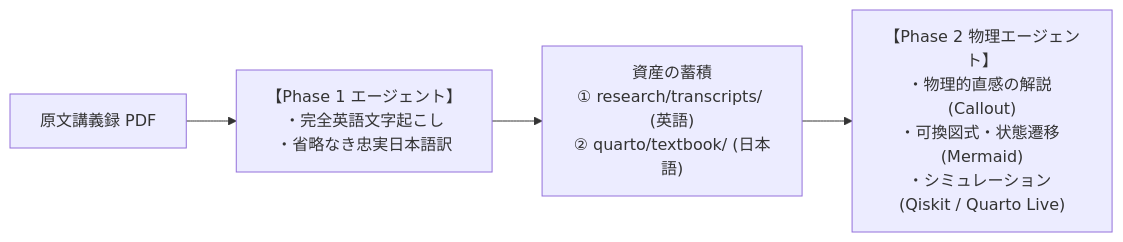
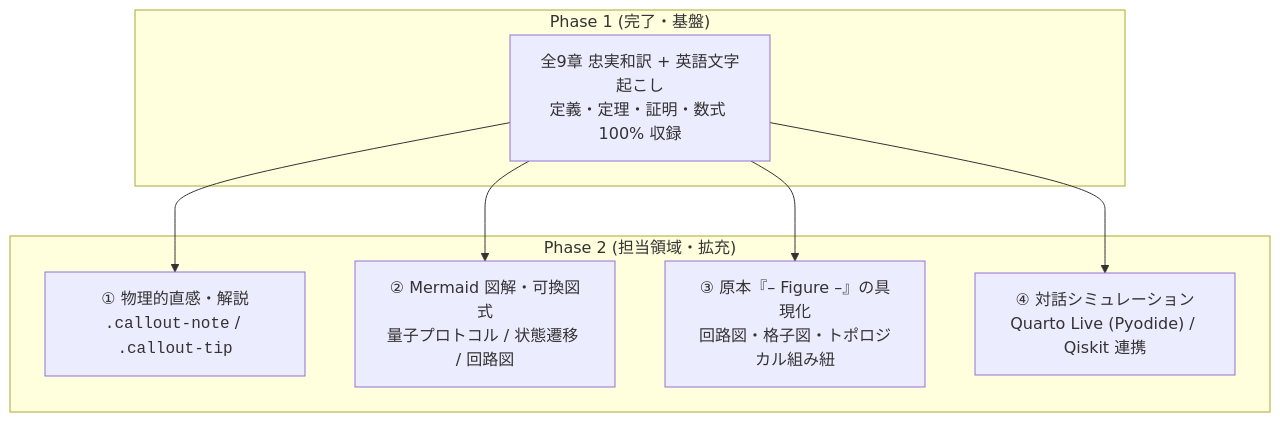
The diagram in research/guidelines/HANDOFF.md (yama662607/Quantum-information), drawn with Mermaid before and after one commit. The commit also changed other lines of this file, not shown here.

Commit message:
docs: update HANDOFF.md for Phase 2 handover

````diff
--- a/research/guidelines/HANDOFF.md
+++ b/research/guidelines/HANDOFF.md
@@ -13,6 +37,18 @@
 ```mermaid
-flowchart LR
-    PDF["原文講義録 PDF"] --> Phase1["【Phase 1 エージェント】<br/>・完全英語文字起こし<br/>・省略なき忠実日本語訳"]
-    Phase1 --> Artifacts["資産の蓄積<br/>① research/transcripts/ (英語)<br/>② quarto/textbook/ (日本語)"]
-    Artifacts --> Phase2["【Phase 2 物理エージェント】<br/>・物理的直感の解説 (Callout)<br/>・可換図式・状態遷移 (Mermaid)<br/>・シミュレーション (Qiskit / Quarto Live)"]
+flowchart TD
+    subgraph Phase1["Phase 1 (完了・基盤)"]
+        Base["全9章 忠実和訳 + 英語文字起こし<br/>定義・定理・証明・数式 100% 収録"]
+    end
+
+    subgraph Phase2["Phase 2 (担当領域・拡充)"]
+        M1["① 物理的直感・解説<br/><code>.callout-note</code> / <code>.callout-tip</code>"]
+        M2["② Mermaid 図解・可換図式<br/>量子プロトコル / 状態遷移 / 回路図"]
+        M3["③ 原本『– Figure –』の具現化<br/>回路図・格子図・トポロジカル組み紐"]
+        M4["④ 対話シミュレーション<br/>Quarto Live (Pyodide) / Qiskit 連携"]
+    end
+
+    Base --> M1
+    Base --> M2
+    Base --> M3
+    Base --> M4
 ```
````
